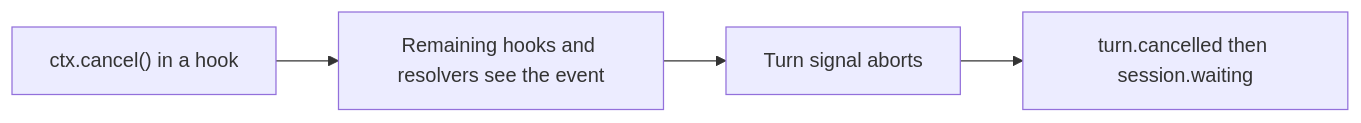
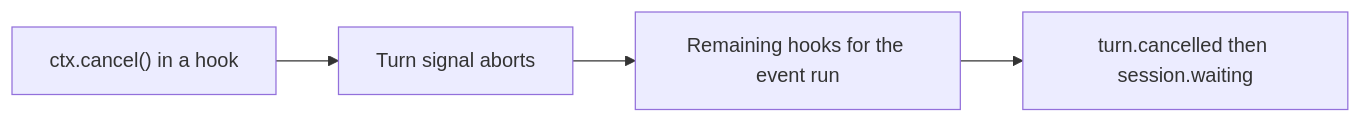
One commit to vercel/eve changed the diagram in research/hook-turn-cancellation.md. Above: the diagram before and after it, drawn with Mermaid. The commit also changed other lines of this file and 16 other files, not shown here.

First line of the commit message:
fix(eve): make hook ctx.cancel() survive later consumer failures

````diff
--- a/research/hook-turn-cancellation.md
+++ b/research/hook-turn-cancellation.md
@@ -45,6 +53,6 @@
 ```mermaid
 flowchart LR
-  Hook["ctx.cancel() in a hook"] --> Rest["Remaining hooks and resolvers see the event"]
-  Rest --> Abort["Turn signal aborts"]
-  Abort --> Settle["turn.cancelled then session.waiting"]
+  Hook["ctx.cancel() in a hook"] --> Abort["Turn signal aborts"]
+  Abort --> Rest["Remaining hooks for the event run"]
+  Rest --> Settle["turn.cancelled then session.waiting"]
 ```
````
